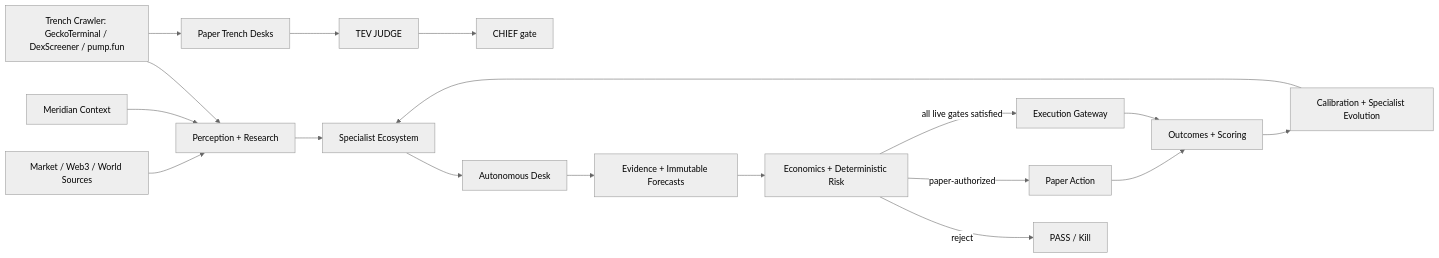
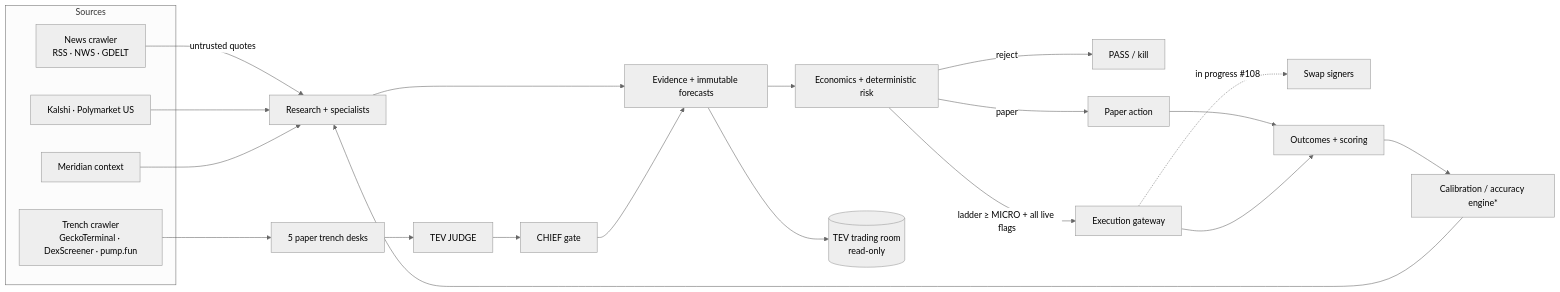
Before and after one commit to gryszzz/NOEMA: the diagram in README.md, drawn with Mermaid (neutral theme). The commit also changed other lines of this file and 6 other files, not shown here.

Commit message:
docs: full README revamp with TEV banner, v6 screenshots, news crawler, Mac app; prune stale images

````diff
--- a/README.md
+++ b/README.md
@@ -195,21 +212,25 @@
 ```mermaid
 flowchart LR
-    A[Market / Web3 / World Sources] --> B[Perception + Research]
-    M[Meridian Context] --> B
-    T[Trench Crawler: GeckoTerminal / DexScreener / pump.fun] --> B
-    T --> TD[Paper Trench Desks] --> J[TEV JUDGE] --> K[CHIEF gate]
-
-    B --> C[Specialist Ecosystem]
-    C --> D[Autonomous Desk]
-    D --> E[Evidence + Immutable Forecasts]
-    E --> F[Economics + Deterministic Risk]
-
-    F -->|reject| P[PASS / Kill]
-    F -->|paper-authorized| Q[Paper Action]
-    F -->|all live gates satisfied| G[Execution Gateway]
-
-    Q --> H[Outcomes + Scoring]
+    subgraph Sources
+      N[News crawler<br/>RSS · NWS · GDELT]
+      PM[Kalshi · Polymarket US]
+      T[Trench crawler<br/>GeckoTerminal · DexScreener · pump.fun]
+      M[Meridian context]
+    end
+    N -->|untrusted quotes| B[Research + specialists]
+    PM --> B
+    M --> B
+    T --> TD[5 paper trench desks] --> J[TEV JUDGE] --> K[CHIEF gate]
+    B --> E[Evidence + immutable forecasts]
+    K --> E
+    E --> F[Economics + deterministic risk]
+    F -->|reject| P[PASS / kill]
+    F -->|paper| Q[Paper action]
+    F -->|ladder ≥ MICRO + all live flags| G[Execution gateway]
+    G -.->|in progress #108| S[Swap signers]
+    Q --> H[Outcomes + scoring]
     G --> H
-    H --> I[Calibration + Specialist Evolution]
-    I --> C
+    H --> AE[Calibration / accuracy engine*]
+    AE --> B
+    E --> UI[(TEV trading room<br/>read-only)]
 ```
````
